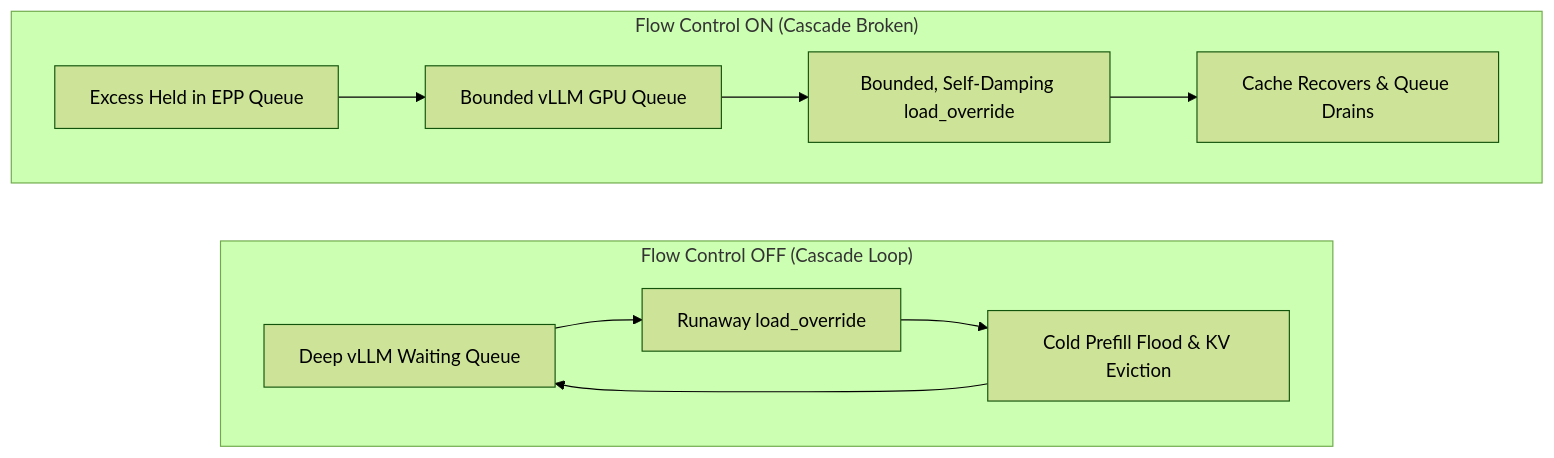
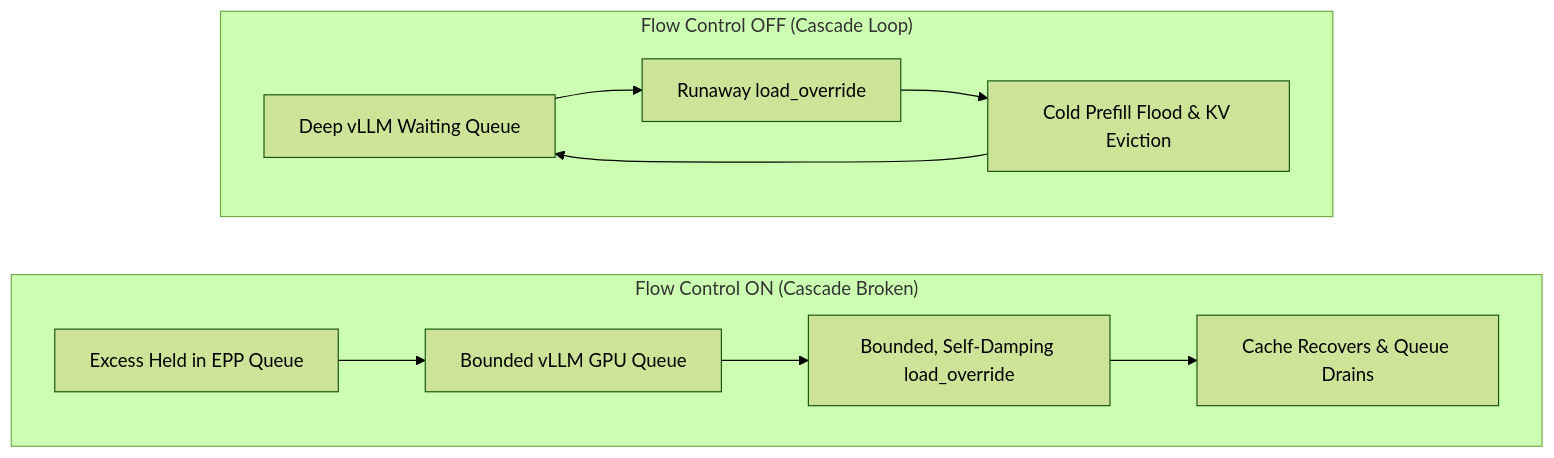
The second of 2 diagrams in guides/flow-control/README.md (llm-d/llm-d), drawn with Mermaid (forest theme) before and after one commit.

Commit message:
Update mermaid flow chart

````diff
--- a/guides/flow-control/README.md
+++ b/guides/flow-control/README.md
@@ -585,16 +585,17 @@
 ```mermaid
 flowchart LR
+   subgraph On["Flow Control ON (Cascade Broken)"]
+        direction LR
+        E2["Excess Held in EPP Queue"] --> G2["Bounded vLLM GPU Queue"]
+        G2 --> O2["Bounded, Self-Damping load_override"]
+        O2 --> W2["Cache Recovers & Queue Drains"]
+    end
+
     subgraph Off["Flow Control OFF (Cascade Loop)"]
         direction LR
         Q1["Deep vLLM Waiting Queue"] --> O1["Runaway load_override"]
         O1 --> C1["Cold Prefill Flood & KV Eviction"]
         C1 --> Q1
     end
 
-    subgraph On["Flow Control ON (Cascade Broken)"]
-        direction LR
-        E2["Excess Held in EPP Queue"] --> G2["Bounded vLLM GPU Queue"]
-        G2 --> O2["Bounded, Self-Damping load_override"]
-        O2 --> W2["Cache Recovers & Queue Drains"]
-    end
 ```
````
